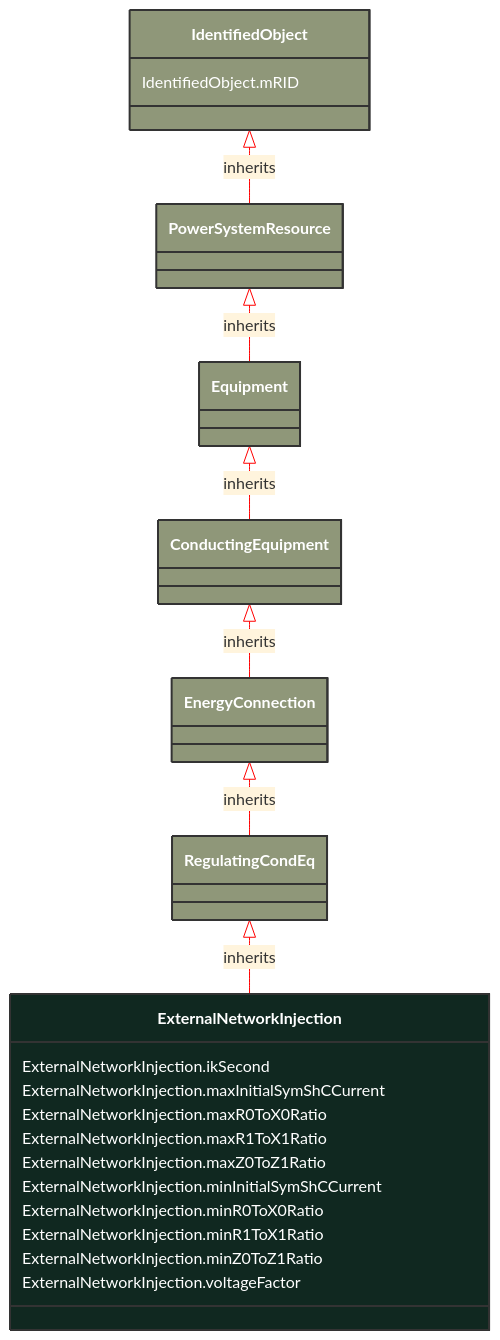
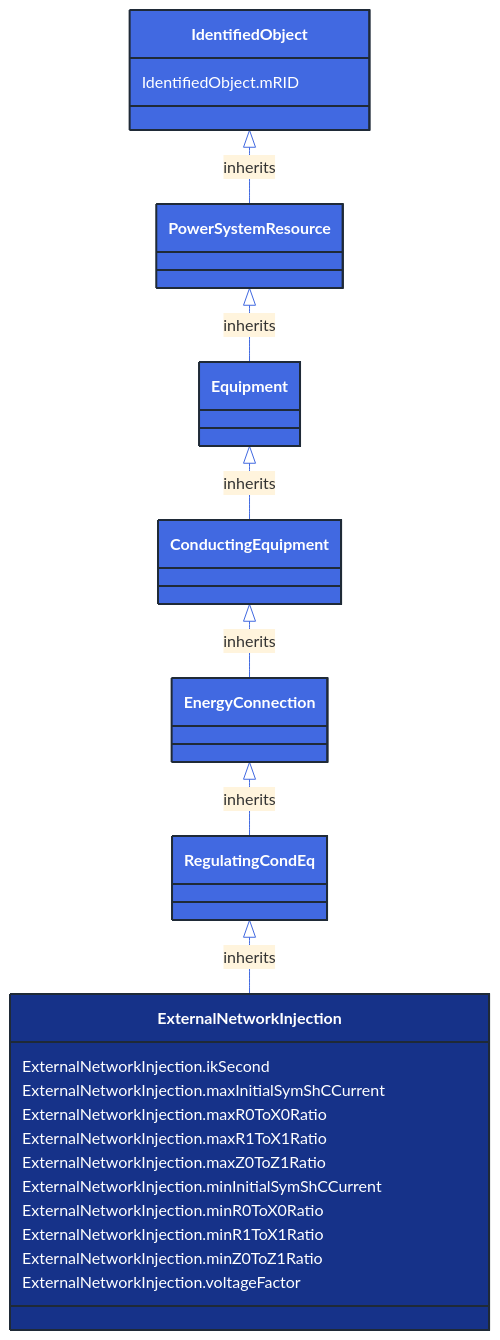
One commit to 3lbits/NoCIMExtensions changed the diagram in docs/Models/Profiles/ShortCircuit/ConcreteClasses/ExternalNetworkInjection.md. Above: the diagram before and after it, drawn with Mermaid. The commit also changed 362 other files, not shown here.

First line of the commit message:
Update diagrams and styles for improved visual consistency

````diff
--- a/docs/Models/Profiles/ShortCircuit/ConcreteClasses/ExternalNetworkInjection.md
+++ b/docs/Models/Profiles/ShortCircuit/ConcreteClasses/ExternalNetworkInjection.md
@@ -8,45 +8,45 @@
 ```mermaid
-%%{init: {'theme':'base','themeVariables': {'lineColor': '#FF0000'}}}%%
+%%{init: {'theme':'base','themeVariables': {'lineColor': '#4169E1'}}}%%
 classDiagram
     class ExternalNetworkInjection
     click ExternalNetworkInjection href "/Models/Profiles/ShortCircuit/ConcreteClasses/ExternalNetworkInjection/"
-    style ExternalNetworkInjection fill:#102820,stroke:#333,stroke-width:2px,rx:10,ry:10,color:white
+    style ExternalNetworkInjection fill:#163289,stroke:#1F2A37,stroke-width:2px,rx:10,ry:10,color:white
      
         RegulatingCondEq <|-- ExternalNetworkInjection : inherits
             click RegulatingCondEq href "/Models/Profiles/ShortCircuit/AbstractClasses/RegulatingCondEq/"
-            style RegulatingCondEq fill:#8F9779,stroke:#333,stroke-width:2px,rx:10,ry:10,color:white
+            style RegulatingCondEq fill:#4169E1,stroke:#1F2A37,stroke-width:2px,rx:10,ry:10,color:white
      
         EnergyConnection <|-- RegulatingCondEq : inherits
             click EnergyConnection href "/Models/Profiles/ShortCircuit/AbstractClasses/EnergyConnection/"
-            style EnergyConnection fill:#8F9779,stroke:#333,stroke-width:2px,rx:10,ry:10,color:white
+            style EnergyConnection fill:#4169E1,stroke:#1F2A37,stroke-width:2px,rx:10,ry:10,color:white
      
         ConductingEquipment <|-- EnergyConnection : inherits
             click ConductingEquipment href "/Models/Profiles/ShortCircuit/AbstractClasses/ConductingEquipment/"
-            style ConductingEquipment fill:#8F9779,stroke:#333,stroke-width:2px,rx:10,ry:10,color:white
+            style ConductingEquipment fill:#4169E1,stroke:#1F2A37,stroke-width:2px,rx:10,ry:10,color:white
      
         Equipment <|-- ConductingEquipment : inherits
             click Equipment href "/Models/Profiles/ShortCircuit/AbstractClasses/Equipment/"
-            style Equipment fill:#8F9779,stroke:#333,stroke-width:2px,rx:10,ry:10,color:white
+            style Equipment fill:#4169E1,stroke:#1F2A37,stroke-width:2px,rx:10,ry:10,color:white
      
         PowerSystemResource <|-- Equipment : inherits
             click PowerSystemResource href "/Models/Profiles/ShortCircuit/AbstractClasses/PowerSystemResource/"
-            style PowerSystemResource fill:#8F9779,stroke:#333,stroke-width:2px,rx:10,ry:10,color:white
+            style PowerSystemResource fill:#4169E1,stroke:#1F2A37,stroke-width:2px,rx:10,ry:10,color:white
      
         IdentifiedObject <|-- PowerSystemResource : inherits
             click IdentifiedObject href "/Models/Profiles/ShortCircuit/AbstractClasses/IdentifiedObject/"
-            style IdentifiedObject fill:#8F9779,stroke:#333,stroke-width:2px,rx:10,ry:10,color:white
+            style IdentifiedObject fill:#4169E1,stroke:#1F2A37,stroke-width:2px,rx:10,ry:10,color:white
 
 
 
         ExternalNetworkInjection : ExternalNetworkInjection.ikSecond
         ExternalNetworkInjection : ExternalNetworkInjection.maxInitialSymShCCurrent
         ExternalNetworkInjection : ExternalNetworkInjection.maxR0ToX0Ratio
         ExternalNetworkInjection : ExternalNetworkInjection.maxR1ToX1Ratio
         ExternalNetworkInjection : ExternalNetworkInjection.maxZ0ToZ1Ratio
         ExternalNetworkInjection : ExternalNetworkInjection.minInitialSymShCCurrent
         ExternalNetworkInjection : ExternalNetworkInjection.minR0ToX0Ratio
         ExternalNetworkInjection : ExternalNetworkInjection.minR1ToX1Ratio
         ExternalNetworkInjection : ExternalNetworkInjection.minZ0ToZ1Ratio
         ExternalNetworkInjection : ExternalNetworkInjection.voltageFactor
         IdentifiedObject : IdentifiedObject.mRID
 ```
````
